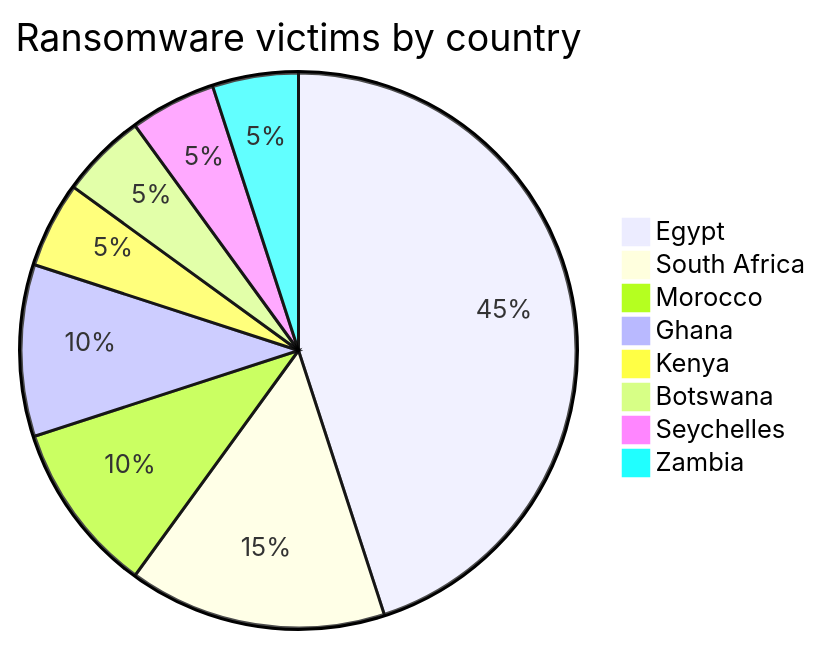
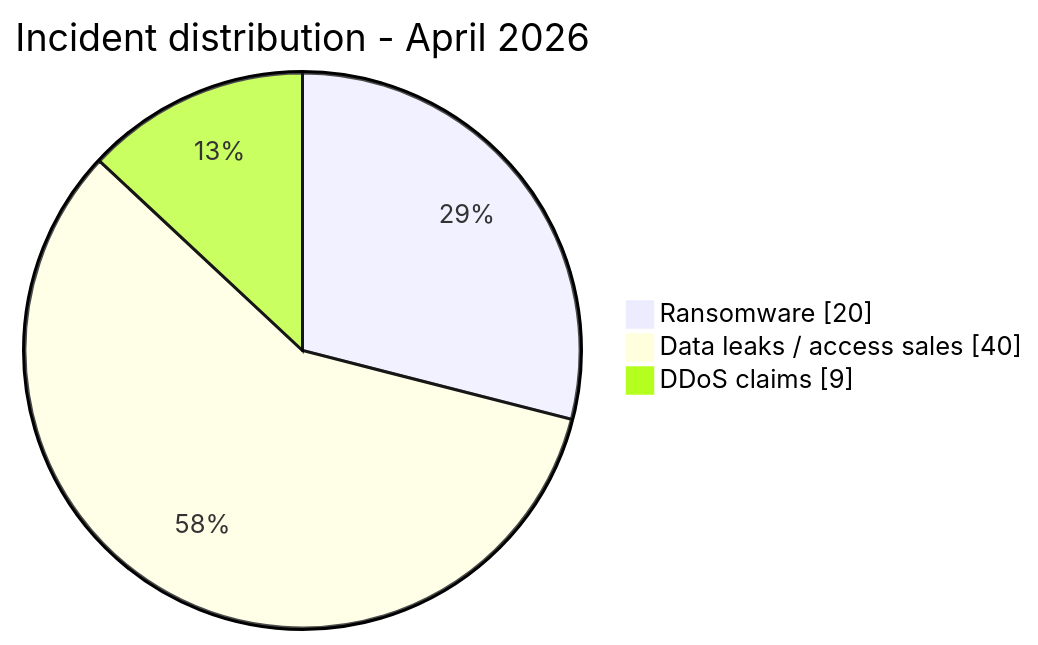
Before and after one commit to Hatchepsoute/AFRINTEL: the diagram in CyberAttackAfrica/2026/04-april/README.md, drawn with Mermaid. The commit also changed other lines of this file and 1 other file, not shown here.

````diff
--- a/CyberAttackAfrica/2026/04-april/README.md
+++ b/CyberAttackAfrica/2026/04-april/README.md
@@ -168,12 +80,7 @@
 ```mermaid
-pie
- title Ransomware victims by country
- "Egypt" : 9
- "South Africa" : 3
- "Morocco" : 2
- "Ghana" : 2
- "Kenya" : 1
- "Botswana" : 1
- "Seychelles" : 1
- "Zambia" : 1
+pie showData
+    title Incident distribution - April 2026
+    "Ransomware" : 20
+    "Data leaks / access sales" : 40
+    "DDoS claims" : 9
 ```
````
